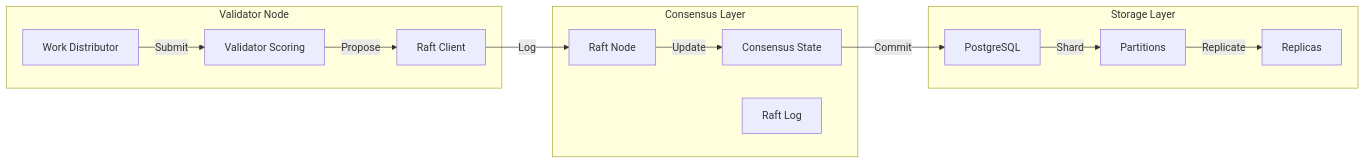
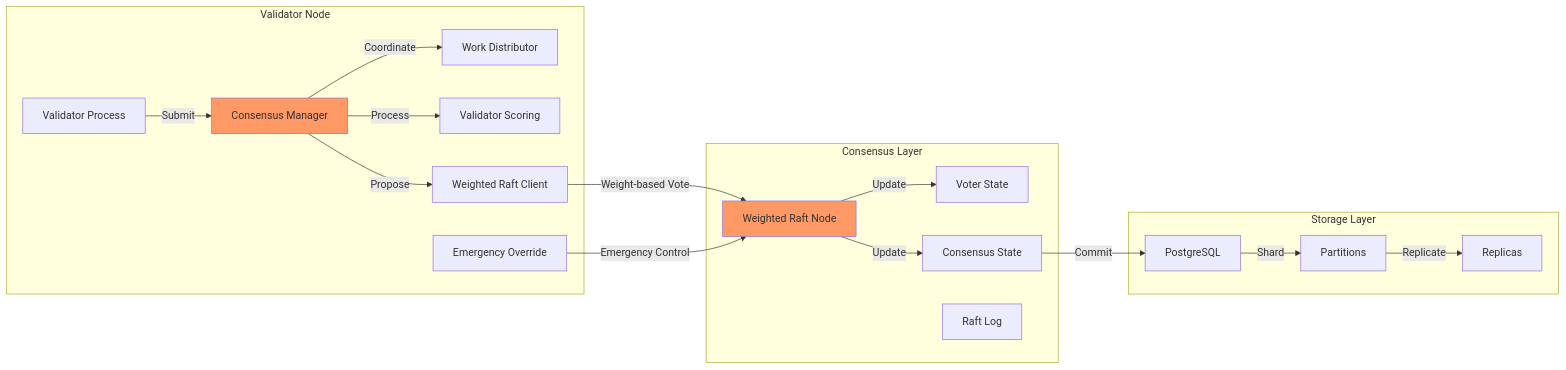
The third of 5 diagrams in ARCHITECTURE.md (Nickel5-Inc/mycelium), drawn with Mermaid before and after one commit. The commit also changed other lines of this file and 2 other files, not shown here.

````diff
--- a/ARCHITECTURE.md
+++ b/ARCHITECTURE.md
@@ -93,28 +120,39 @@
 ```mermaid
 graph LR
-    subgraph Validator Node
+    subgraph "Validator Node"
+        VP[Validator Process]
+        CM[Consensus Manager]
         WD[Work Distributor]
         VS[Validator Scoring]
-        RC[Raft Client]
+        WRC[Weighted Raft Client]
+        EO[Emergency Override]
     end
 
-    subgraph Consensus Layer
-        RN[Raft Node]
+    subgraph "Consensus Layer"
+        WRN[Weighted Raft Node]
+        WVS[Voter State]
         CS[Consensus State]
         LOG[Raft Log]
     end
 
-    subgraph Storage Layer
+    subgraph "Storage Layer"
         DB[PostgreSQL]
         PART[Partitions]
         REP[Replicas]
     end
 
-    WD -->|Submit| VS
-    VS -->|Propose| RC
-    RC -->|Log| RN
-    RN -->|Update| CS
+    VP -->|Submit| CM
+    CM -->|Coordinate| WD
+    CM -->|Process| VS
+    CM -->|Propose| WRC
+    WRC -->|Weight-based Vote| WRN
+    EO -->|Emergency Control| WRN
+    WRN -->|Update| WVS
+    WRN -->|Update| CS
     CS -->|Commit| DB
     DB -->|Shard| PART
     PART -->|Replicate| REP
+
+    classDef leader fill:#f96
+    class CM,WRN leader
 ```
````
